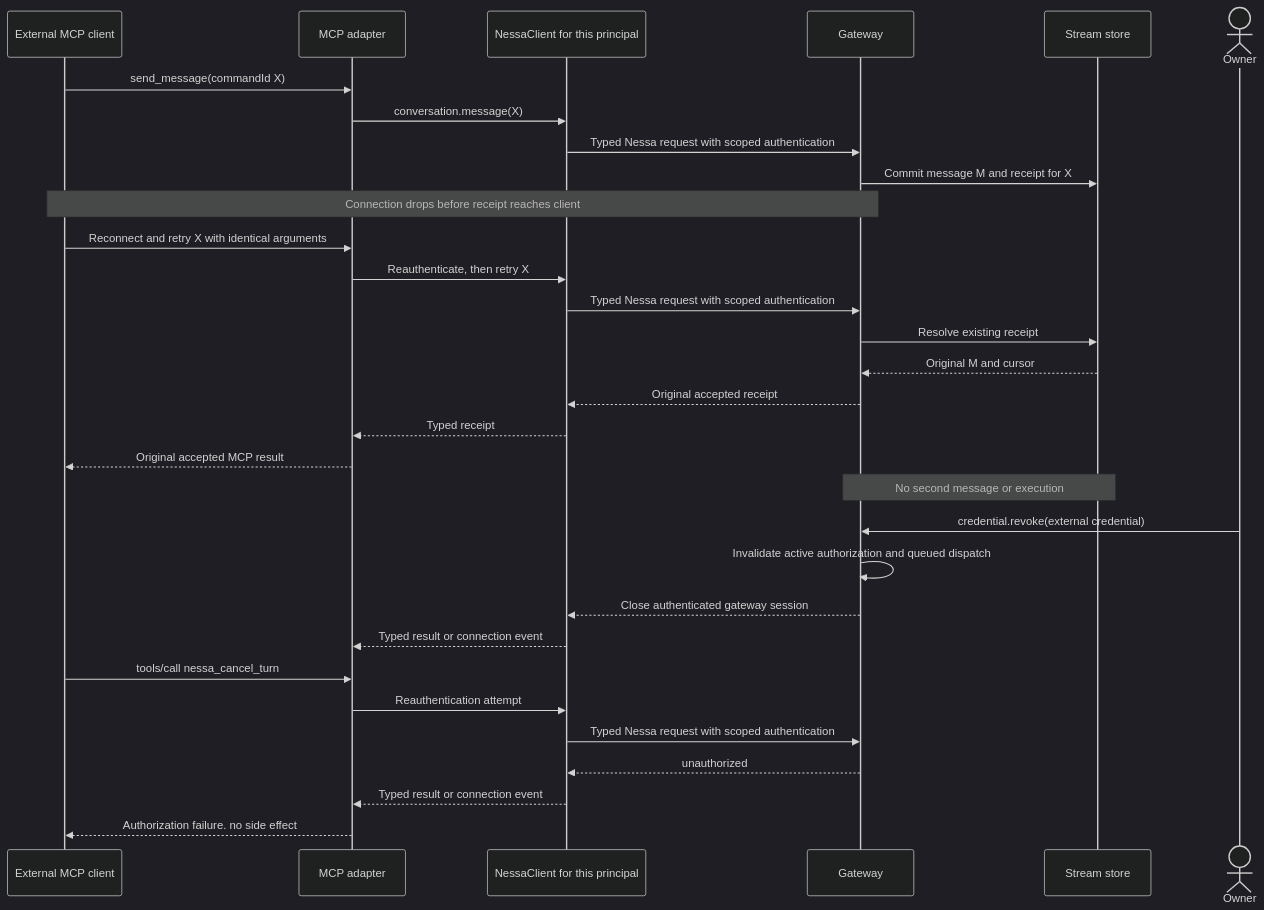
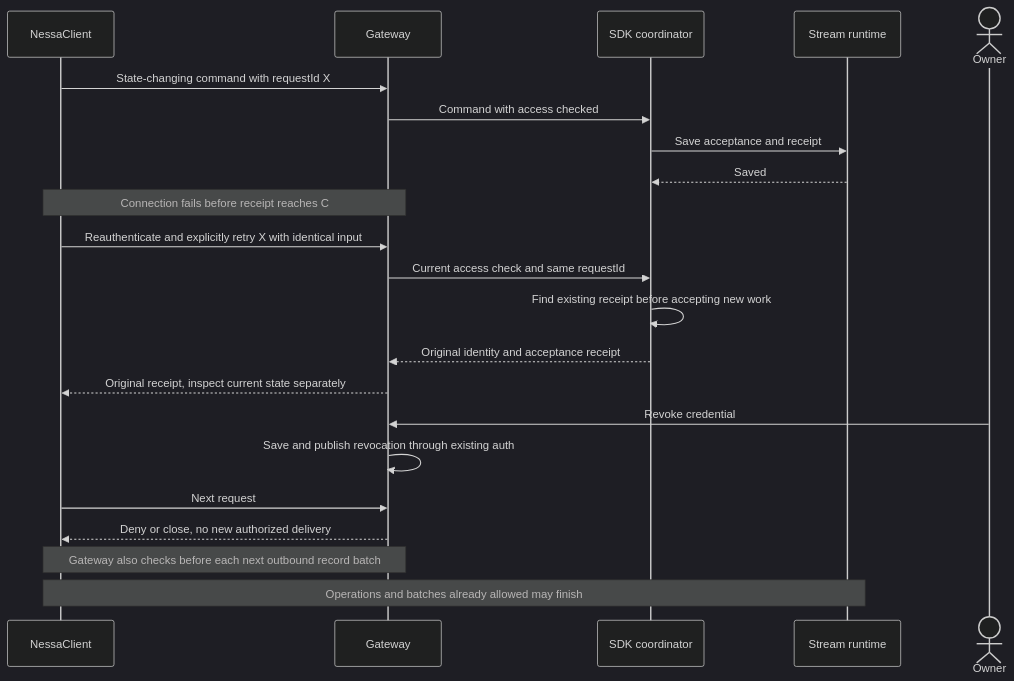
One commit to nessalabs/nessa-agent changed the fourth of 4 diagrams in docs/design/collaboration-sequences-and-mcp.md. Above: the diagram before and after it, drawn with Mermaid (dark theme). The commit also changed other lines of this file and 43 other files, not shown here.

````diff
--- a/docs/design/collaboration-sequences-and-mcp.md
+++ b/docs/design/collaboration-sequences-and-mcp.md
@@ -244,33 +166,24 @@
 ```mermaid
 sequenceDiagram
-    participant E as External MCP client
-    participant M as MCP adapter
-    participant SDK as NessaClient for this principal
+    participant C as NessaClient
     participant G as Gateway
-    participant S as Stream store
+    participant R as SDK coordinator
+    participant S as Stream runtime
     actor Owner
-    E->>M: send_message(commandId X)
-    M->>SDK: conversation.message(X)
-    SDK->>G: Typed Nessa request with scoped authentication
-    G->>S: Commit message M and receipt for X
-    Note over E,G: Connection drops before receipt reaches client
-    E->>M: Reconnect and retry X with identical arguments
-    M->>SDK: Reauthenticate, then retry X
-    SDK->>G: Typed Nessa request with scoped authentication
-    G->>S: Resolve existing receipt
-    S-->>G: Original M and cursor
-    G-->>SDK: Original accepted receipt
-    SDK-->>M: Typed receipt
-    M-->>E: Original accepted MCP result
-    Note over G,S: No second message or execution
-    Owner->>G: credential.revoke(external credential)
-    G->>G: Invalidate active authorization and queued dispatch
-    G-->>SDK: Close authenticated gateway session
-    SDK-->>M: Typed result or connection event
-    E->>M: tools/call nessa_cancel_turn
-    M->>SDK: Reauthentication attempt
-    SDK->>G: Typed Nessa request with scoped authentication
-    G-->>SDK: unauthorized
-    SDK-->>M: Typed result or connection event
-    M-->>E: Authorization failure. no side effect
+    C->>G: State-changing command with requestId X
+    G->>R: Command with access checked
+    R->>S: Save acceptance and receipt
+    S-->>R: Saved
+    Note over C,G: Connection fails before receipt reaches C
+    C->>G: Reauthenticate and explicitly retry X with identical input
+    G->>R: Current access check and same requestId
+    R->>R: Find existing receipt before accepting new work
+    R-->>G: Original identity and acceptance receipt
+    G-->>C: Original receipt, inspect current state separately
+    Owner->>G: Revoke credential
+    G->>G: Save and publish revocation through existing auth
+    C->>G: Next request
+    G-->>C: Deny or close, no new authorized delivery
+    Note over G,C: Gateway also checks before each next outbound record batch
+    Note over C,S: Operations and batches already allowed may finish
 ```
````
